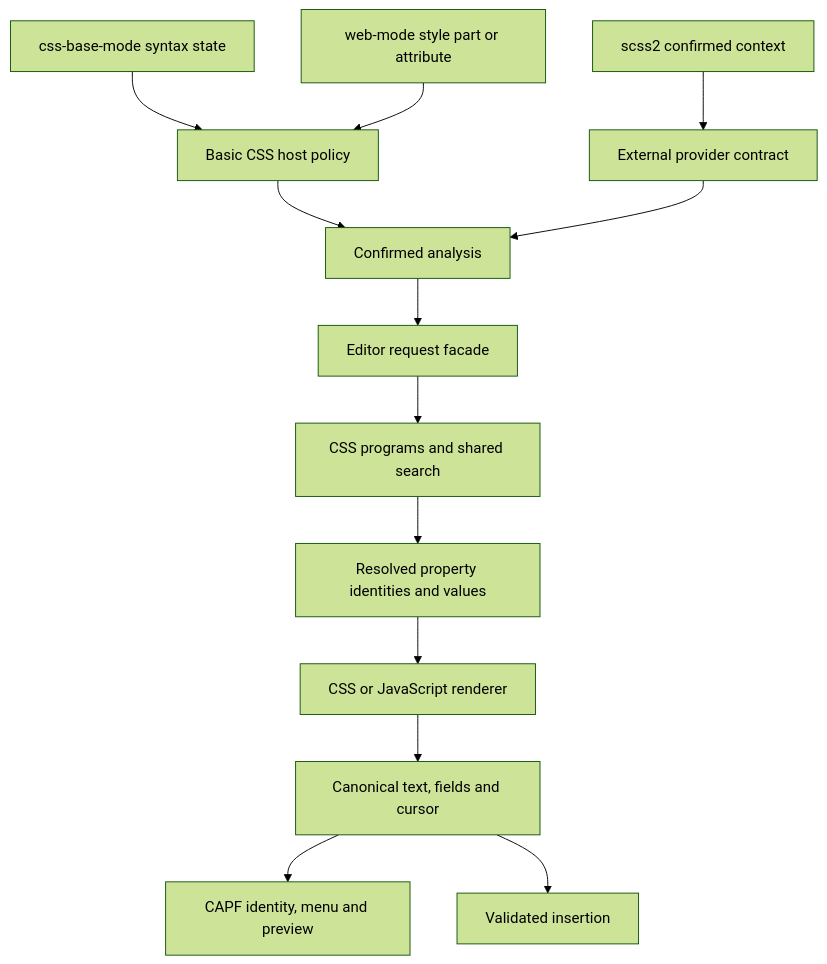
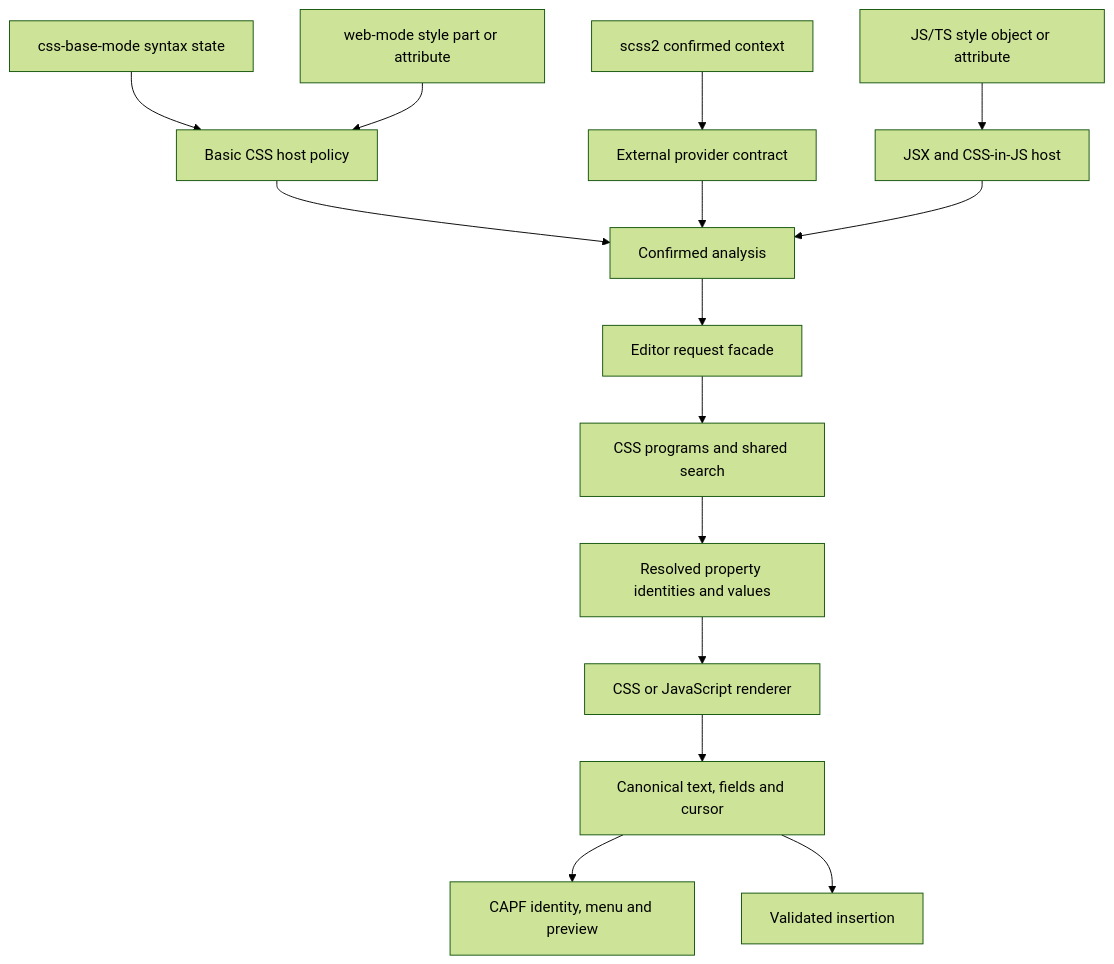
Before and after one commit to P233/emmet2-mode: the diagram in ARCHITECTURE.md, drawn with Mermaid (forest theme). The commit also changed other lines of this file and 6 other files, not shown here.

````diff
--- a/ARCHITECTURE.md
+++ b/ARCHITECTURE.md
@@ -27,15 +28,17 @@
 ```mermaid
 flowchart TD
     Native[css-base-mode syntax state] --> Basic[Basic CSS host policy]
     Web[web-mode style part or attribute] --> Basic
     Sass[scss2 confirmed context] --> Provider[External provider contract]
+    Script[JS/TS style object or attribute] --> JSHost[JSX and CSS-in-JS host]
     Basic --> Analysis[Confirmed analysis]
     Provider --> Analysis
+    JSHost --> Analysis
     Analysis --> Request[Editor request facade]
     Request --> CSS[CSS programs and shared search]
     CSS --> Declarations[Resolved property identities and values]
     Declarations --> Renderer[CSS or JavaScript renderer]
     Renderer --> Result[Canonical text, fields and cursor]
     Result --> CAPF[CAPF identity, menu and preview]
     Result --> Insert[Validated insertion]
 ```
````
